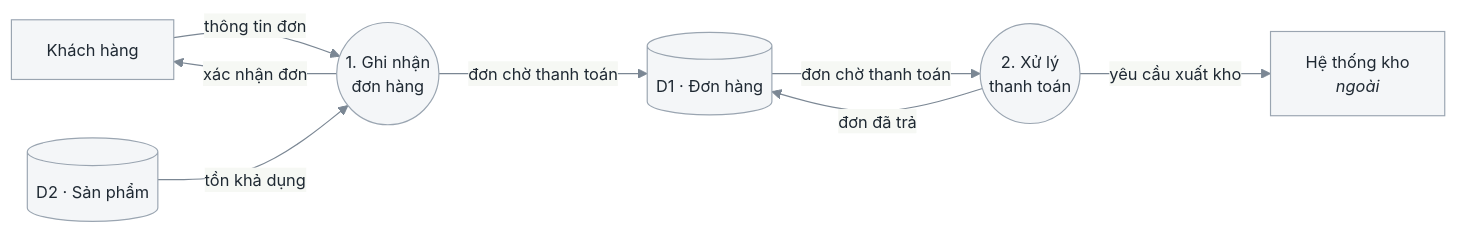
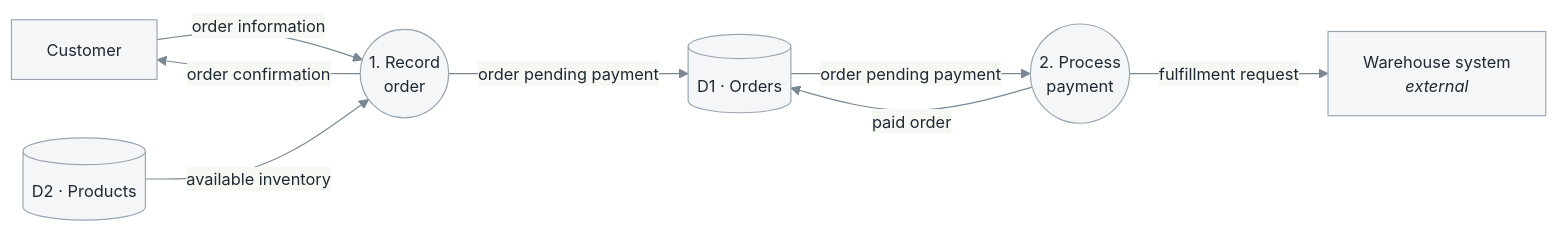
Before and after one commit to edwintruong/skills: the first of 2 diagrams in references/3.4-data-flow.md, drawn with Mermaid. The commit also changed other lines of this file and 25 other files, not shown here.

````diff
--- a/references/3.4-data-flow.md
+++ b/references/3.4-data-flow.md
@@ -83,18 +83,18 @@
 ```mermaid
 %%{init: {'theme':'base','themeVariables':{'primaryColor':'#f4f6f8','primaryTextColor':'#1f2933','primaryBorderColor':'#9aa5b1','lineColor':'#7b8794','fontFamily':'ui-sans-serif, system-ui, sans-serif','fontSize':'14px'}}}%%
 flowchart LR
-    KH[Khách hàng]
-    KHO[Hệ thống kho<br/><i>ngoài</i>]
-    P1((1. Ghi nhận<br/>đơn hàng))
-    P2((2. Xử lý<br/>thanh toán))
-    D1[(D1 · Đơn hàng)]
-    D2[(D2 · Sản phẩm)]
+    KH[Customer]
+    KHO[Warehouse system<br/><i>external</i>]
+    P1((1. Record<br/>order))
+    P2((2. Process<br/>payment))
+    D1[(D1 · Orders)]
+    D2[(D2 · Products)]
 
-    KH -->|thông tin đơn| P1
-    D2 -->|tồn khả dụng| P1
-    P1 -->|đơn chờ thanh toán| D1
-    P1 -->|xác nhận đơn| KH
-    D1 -->|đơn chờ thanh toán| P2
-    P2 -->|đơn đã trả| D1
-    P2 -->|yêu cầu xuất kho| KHO
+    KH -->|order information| P1
+    D2 -->|available inventory| P1
+    P1 -->|order pending payment| D1
+    P1 -->|order confirmation| KH
+    D1 -->|order pending payment| P2
+    P2 -->|paid order| D1
+    P2 -->|fulfillment request| KHO
 ```
````
